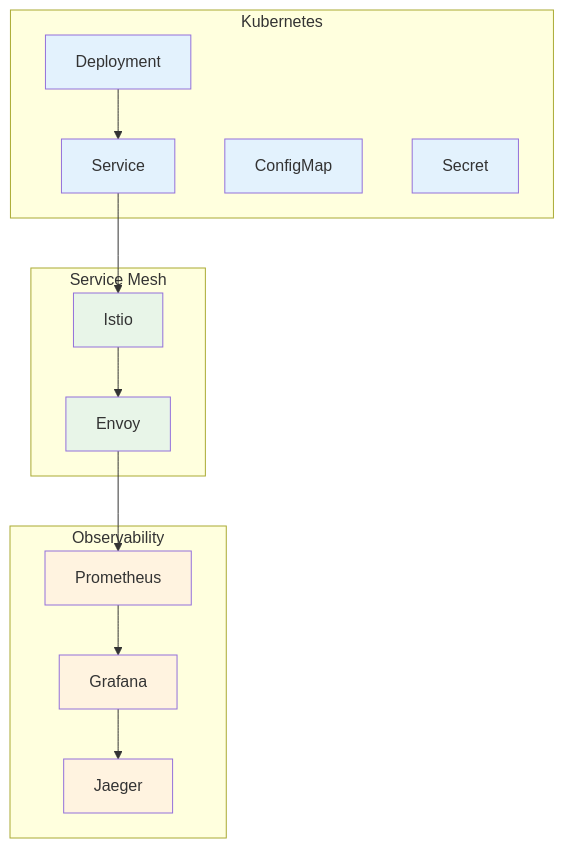
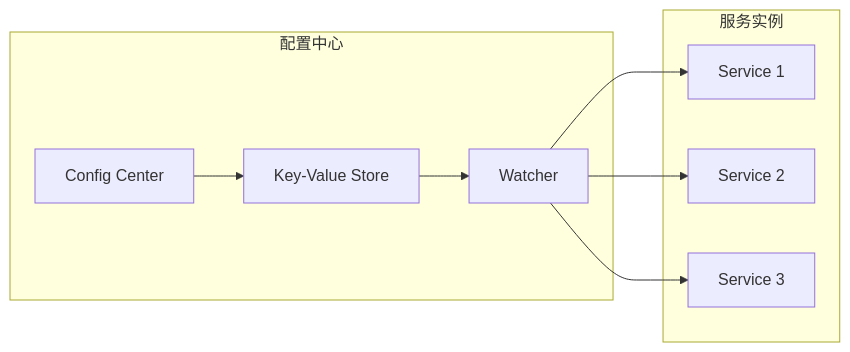
One commit to AdaMartin18010/common changed the fourth of 6 diagrams in GOLANG_COMMON_ARCHITECTURE_ANALYSIS_2025.md. Above: the diagram before and after it, drawn with Mermaid. The commit also changed other lines of this file, not shown here.

````diff
--- a/GOLANG_COMMON_ARCHITECTURE_ANALYSIS_2025.md
+++ b/GOLANG_COMMON_ARCHITECTURE_ANALYSIS_2025.md
@@ -579,37 +516,20 @@
 ```mermaid
-graph TB
-    subgraph "Kubernetes"
-        A[Deployment]
-        B[Service]
-        C[ConfigMap]
-        D[Secret]
+graph LR
+    subgraph "配置中心"
+        CC[Config Center]
+        KV[Key-Value Store]
+        W[Watcher]
     end
     
-    subgraph "Service Mesh"
-        E[Istio]
-        F[Envoy]
+    subgraph "服务实例"
+        S1[Service 1]
+        S2[Service 2]
+        S3[Service 3]
     end
     
-    subgraph "Observability"
-        G[Prometheus]
-        H[Grafana]
-        I[Jaeger]
-    end
-    
-    A --> B
-    B --> E
-    E --> F
-    F --> G
-    G --> H
-    H --> I
-    
-    style A fill:#e3f2fd
-    style B fill:#e3f2fd
-    style C fill:#e3f2fd
-    style D fill:#e3f2fd
-    style E fill:#e8f5e8
-    style F fill:#e8f5e8
-    style G fill:#fff3e0
-    style H fill:#fff3e0
-    style I fill:#fff3e0
+    CC --> KV
+    KV --> W
+    W --> S1
+    W --> S2
+    W --> S3
 ```
````
